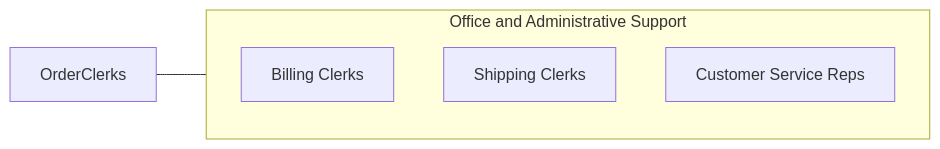
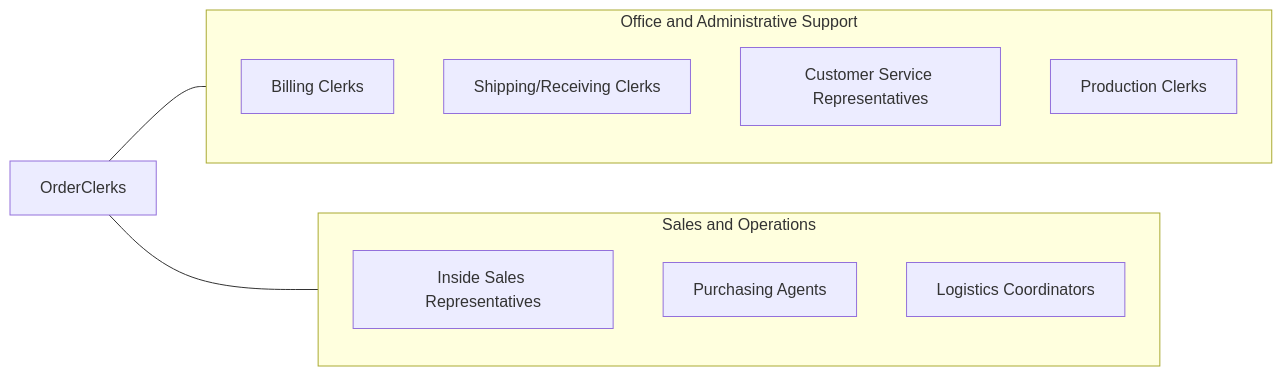
One commit to kziemski/business.org.ai changed the fourth of 4 diagrams in occupations/Administrative/OrderClerks.mdx. Above: the diagram before and after it, drawn with Mermaid. The commit also changed other lines of this file and 19 other files, not shown here.

````diff
--- a/occupations/Administrative/OrderClerks.mdx
+++ b/occupations/Administrative/OrderClerks.mdx
@@ -99,10 +228,20 @@
 ```mermaid
 graph LR
     Current["OrderClerks"]
+
     subgraph SameCategory["Office and Administrative Support"]
-        RBillingClerks["Billing Clerks"]
-        RShippingClerks["Shipping Clerks"]
-        RCustomerServiceReps["Customer Service Reps"]
+        BillingClerks["Billing Clerks"]
+        ShippingClerks["Shipping/Receiving Clerks"]
+        CustomerServiceReps["Customer Service Representatives"]
+        ProductionClerks["Production Clerks"]
     end
+
+    subgraph CrossFunctional["Sales and Operations"]
+        InsideSales["Inside Sales Representatives"]
+        PurchasingAgents["Purchasing Agents"]
+        LogisticsCoord["Logistics Coordinators"]
+    end
+
     Current --- SameCategory
+    Current --- CrossFunctional
 ```
````
